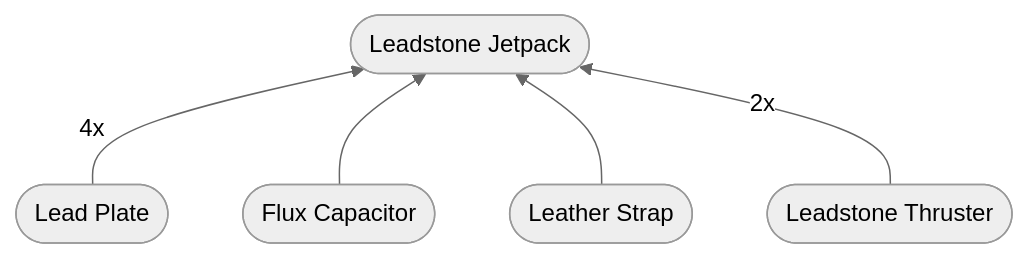
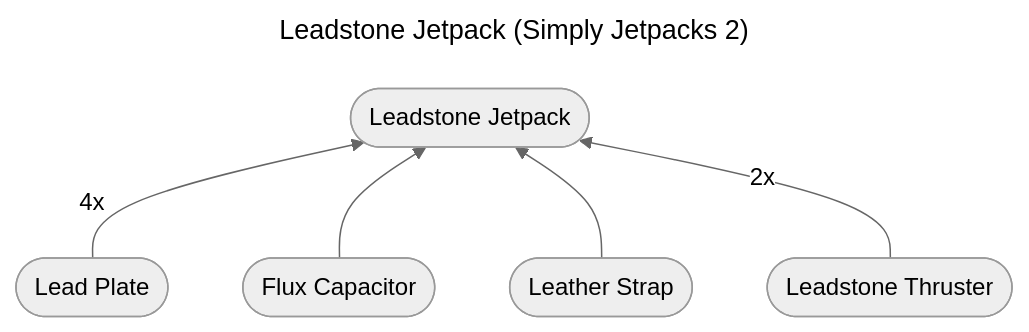
The diagram in leadstone-backpack.md (res0nat0r/minecraft), drawn with Mermaid (neutral theme) before and after one commit.

````diff
--- a/leadstone-backpack.md
+++ b/leadstone-backpack.md
@@ -1,18 +1,22 @@
 ```mermaid
+---
+title: Leadstone Jetpack (Simply Jetpacks 2)
+---
+
 flowchart BT
 
 leadstone-jetpack([Leadstone Jetpack])
 
 lead-plate([Lead Plate])
 flux-capacitor([Flux Capacitor])
 leather-strap([Leather Strap])
 leadstone-thruster([Leadstone Thruster])
 
 %% Tier 1
 lead-plate --> |4x| leadstone-jetpack
 flux-capacitor --> leadstone-jetpack
 leather-strap --> leadstone-jetpack
 leadstone-thruster --> |2x| leadstone-jetpack
 
 
 ```
````
